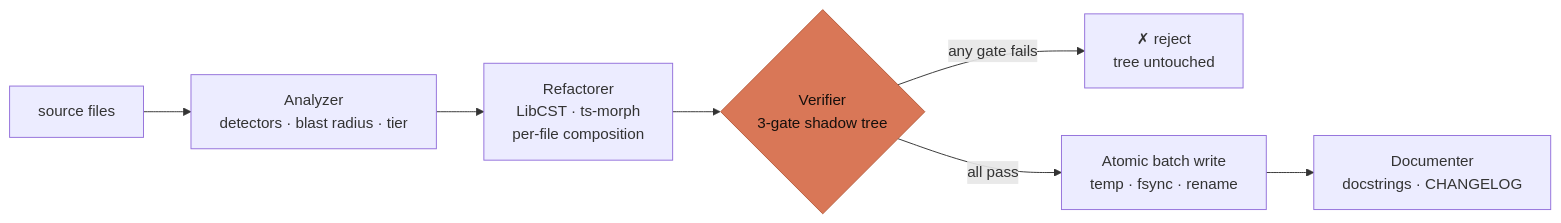
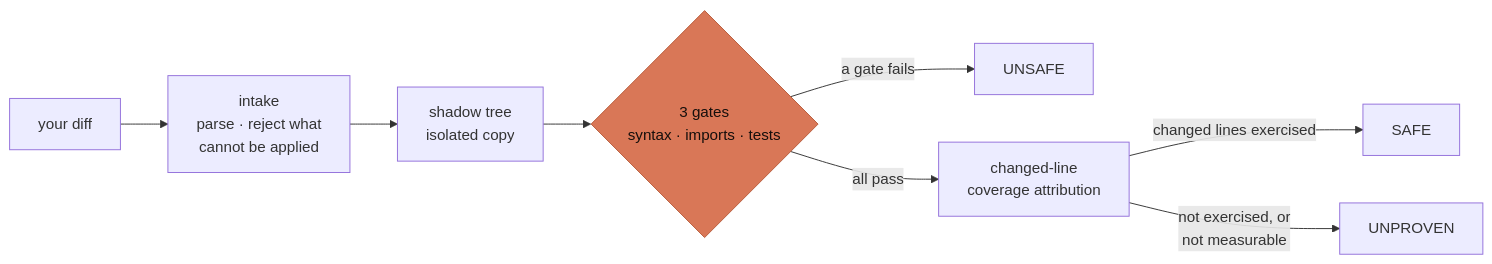
One commit to Refactron-ai/Refactron_Lib_TS changed the first of 2 diagrams in README.md. Above: the diagram before and after it, drawn with Mermaid. The commit also changed other lines of this file and 4 other files, not shown here.

````diff
--- a/README.md
+++ b/README.md
@@ -102,12 +102,13 @@
 ```mermaid
 flowchart LR
-  S["source files"] --> A["Analyzer<br/>detectors · blast radius · tier"]
-  A --> R["Refactorer<br/>LibCST · ts-morph<br/>per-file composition"]
-  R --> V{"Verifier<br/>3-gate shadow tree"}
-  V -- "any gate fails" --> X["✗ reject<br/>tree untouched"]
-  V -- "all pass" --> W["Atomic batch write<br/>temp · fsync · rename"]
-  W --> D["Documenter<br/>docstrings · CHANGELOG"]
+  D["your diff"] --> I["intake<br/>parse · reject what<br/>cannot be applied"]
+  I --> S["shadow tree<br/>isolated copy"]
+  S --> V{"3 gates<br/>syntax · imports · tests"}
+  V -- "a gate fails" --> X["UNSAFE"]
+  V -- "all pass" --> C["changed-line<br/>coverage attribution"]
+  C -- "changed lines exercised" --> OK["SAFE"]
+  C -- "not exercised, or<br/>not measurable" --> U["UNPROVEN"]
 
   classDef accent fill:#d97757,stroke:#b85c3c,color:#160f0c;
   class V accent;
 ```
````
